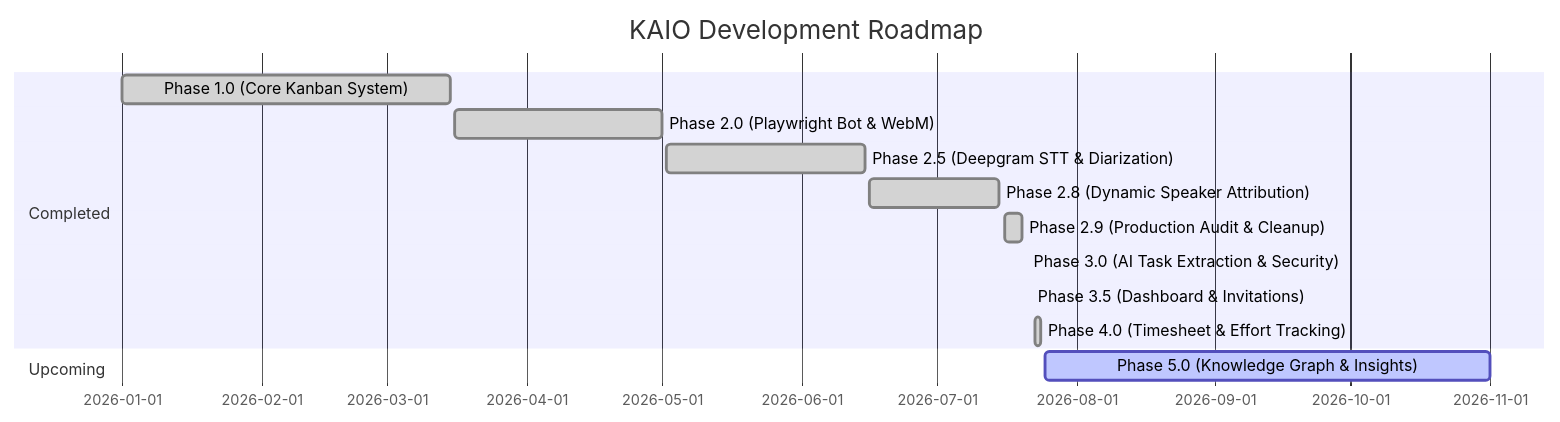
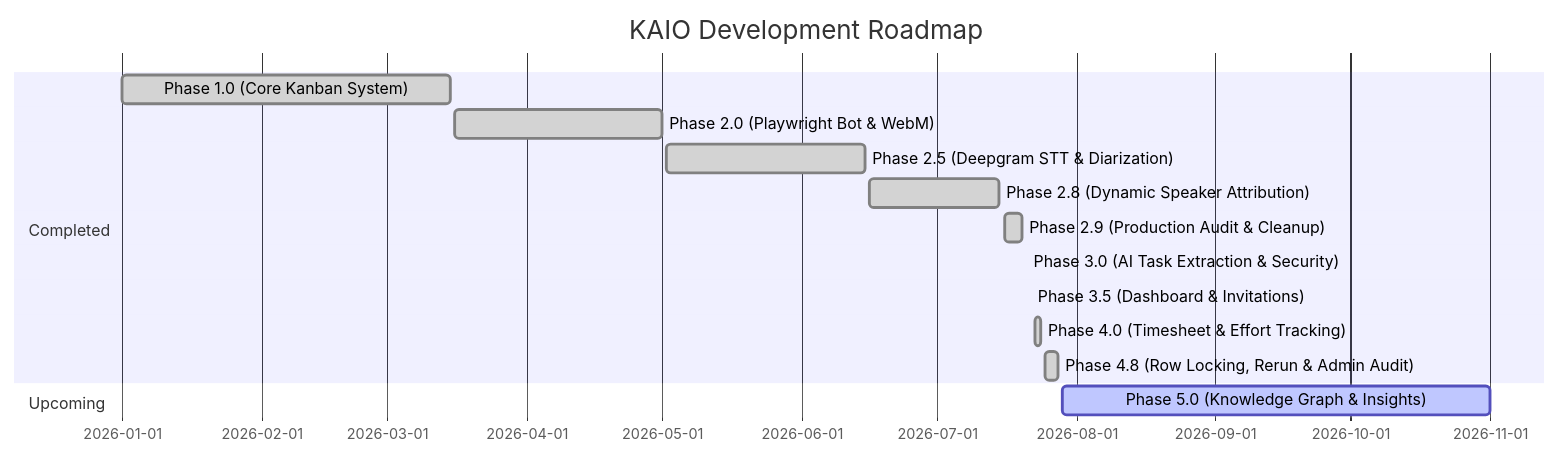
Before and after one commit to CoderArindam/kaio: the second of 2 diagrams in docs/01_PROJECT_OVERVIEW.md, drawn with Mermaid. The commit also changed other lines of this file and 11 other files, not shown here.

````diff
--- a/docs/01_PROJECT_OVERVIEW.md
+++ b/docs/01_PROJECT_OVERVIEW.md
@@ -126,16 +127,17 @@
 ```mermaid
 gantt
     title KAIO Development Roadmap
     dateFormat  YYYY-MM-DD
     section Completed
     Phase 1.0 (Core Kanban System)           :done,    p1, 2026-01-01, 2026-03-15
     Phase 2.0 (Playwright Bot & WebM)        :done,    p2, 2026-03-16, 2026-05-01
     Phase 2.5 (Deepgram STT & Diarization)   :done,    p3, 2026-05-02, 2026-06-15
     Phase 2.8 (Dynamic Speaker Attribution)  :done,    p4, 2026-06-16, 2026-07-15
     Phase 2.9 (Production Audit & Cleanup)   :done,    p5, 2026-07-16, 2026-07-20
     Phase 3.0 (AI Task Extraction & Security):done,    p6, 2026-07-21, 2026-07-21
     Phase 3.5 (Dashboard & Invitations)      :done,    p7, 2026-07-22, 2026-07-22
     Phase 4.0 (Timesheet & Effort Tracking)  :done,    p8, 2026-07-23, 2026-07-24
+    Phase 4.8 (Row Locking, Rerun & Admin Audit):done,  p85, 2026-07-25, 2026-07-28
     section Upcoming
-    Phase 5.0 (Knowledge Graph & Insights)   :active,  p9, 2026-07-25, 2026-11-01
+    Phase 5.0 (Knowledge Graph & Insights)   :active,  p9, 2026-07-29, 2026-11-01
 ```
````
